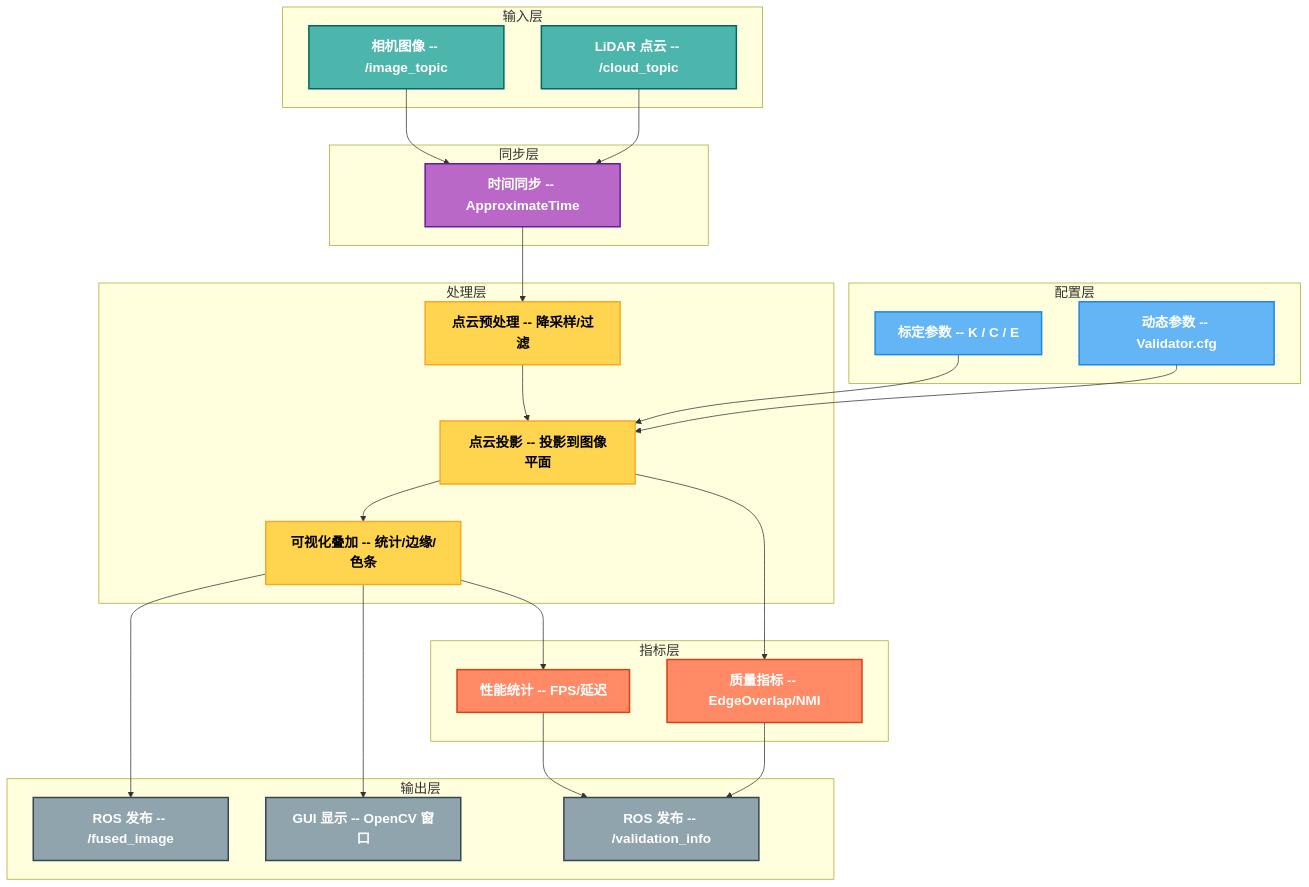
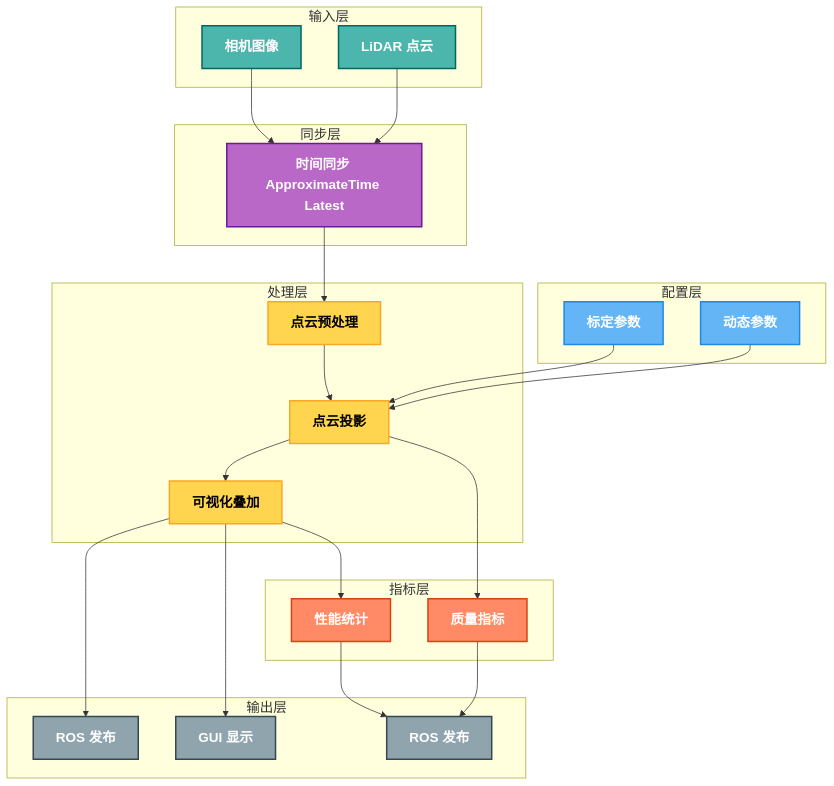
Before and after one commit to BreCaspian/LiDAR-Camera_Calibration_Validator: the diagram in README.md, drawn with Mermaid. The commit also changed other lines of this file and 1 other file, not shown here.

````diff
--- a/README.md
+++ b/README.md
@@ -42,72 +40,64 @@
 ```mermaid
 %%{init: {"themeVariables": {
     "fontSize": "18px",
     "nodeSpacing": 28,
     "rankSpacing": 35
 }}}%%
 
 graph TB
-    %% 节点样式
     classDef input   fill:#4DB6AC,stroke:#00695C,stroke-width:2px,color:#fff,font-weight:bold
     classDef config  fill:#64B5F6,stroke:#1E88E5,stroke-width:2px,color:#fff,font-weight:bold
     classDef sync    fill:#BA68C8,stroke:#6A1B9A,stroke-width:2px,color:#fff,font-weight:bold
     classDef process fill:#FFD54F,stroke:#F9A825,stroke-width:2px,color:#000,font-weight:bold
     classDef metrics fill:#FF8A65,stroke:#D84315,stroke-width:2px,color:#fff,font-weight:bold
     classDef output  fill:#90A4AE,stroke:#37474F,stroke-width:2px,color:#fff,font-weight:bold
 
-    %% 输入层
     subgraph 输入层
-        A["相机图像 -- /image_topic"]
-        B["LiDAR 点云 -- /cloud_topic"]
+        A["相机图像"]
+        B["LiDAR 点云"]
     end
     class A,B input
 
-    %% 配置层
     subgraph 配置层
-        C["标定参数 -- K / C / E"]
-        D["动态参数 -- Validator.cfg"]
+        C["标定参数"]
+        D["动态参数"]
     end
     class C,D config
 
-    %% 同步层
     subgraph 同步层
-        E["时间同步 -- ApproximateTime"]
+        E["时间同步 ApproximateTime Latest"]
     end
     class E sync
 
-    %% 处理层
     subgraph 处理层
-        F["点云预处理 -- 降采样/过滤"]
-        G["点云投影 -- 投影到图像平面"]
-        H["可视化叠加 -- 统计/边缘/色条"]
+        F["点云预处理"]
+        G["点云投影"]
+        H["可视化叠加"]
     end
     class F,G,H process
 
-    %% 指标层
     subgraph 指标层
-        I["质量指标 -- EdgeOverlap/NMI"]
-        J["性能统计 -- FPS/延迟"]
+        I["质量指标"]
+        J["性能统计"]
     end
     class I,J metrics
 
-    %% 输出层
     subgraph 输出层
-        K["ROS 发布 -- /fused_image"]
-        L["ROS 发布 -- /validation_info"]
-        M["GUI 显示 -- OpenCV 窗口"]
+        K["ROS 发布"]
+        L["ROS 发布"]
+        M["GUI 显示"]
     end
     class K,L,M output
 
-    %% 数据流
     A --> E
     B --> E
     C --> G
     D --> G
     E --> F --> G --> H
     G --> I
     H --> K
     H --> M
     I --> L
     H --> J
     J --> L
 ```
````
